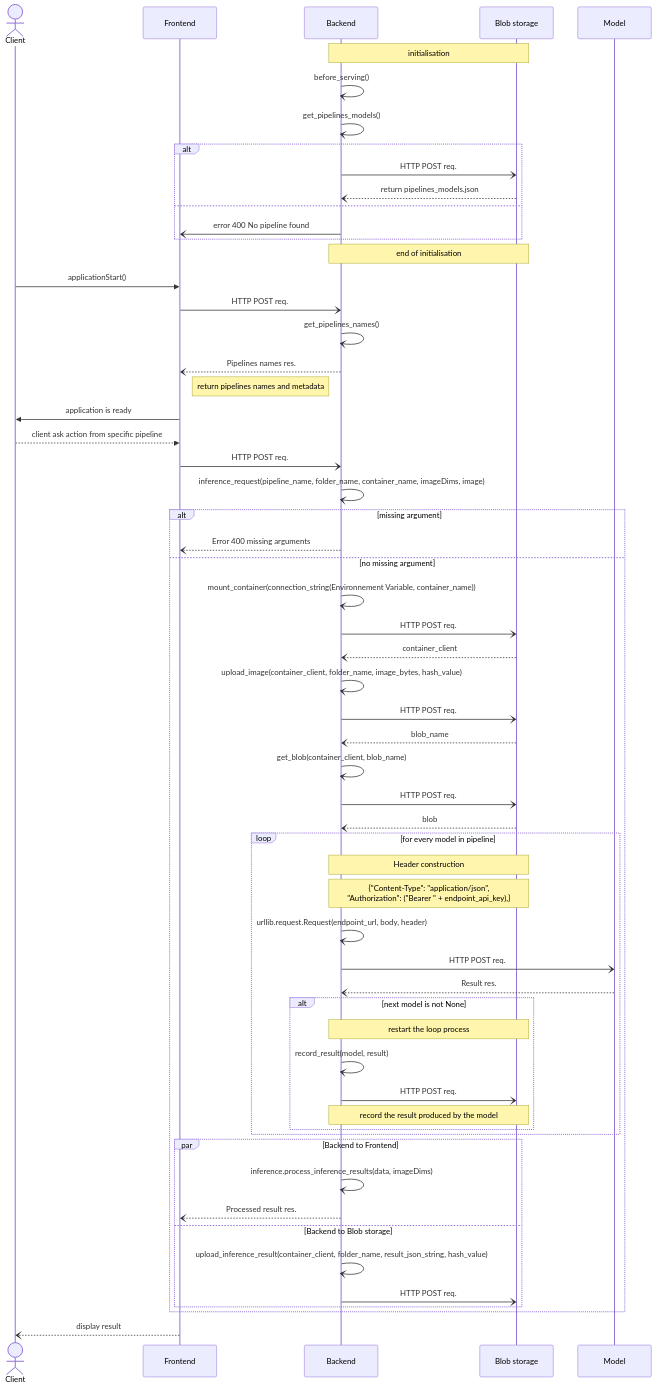
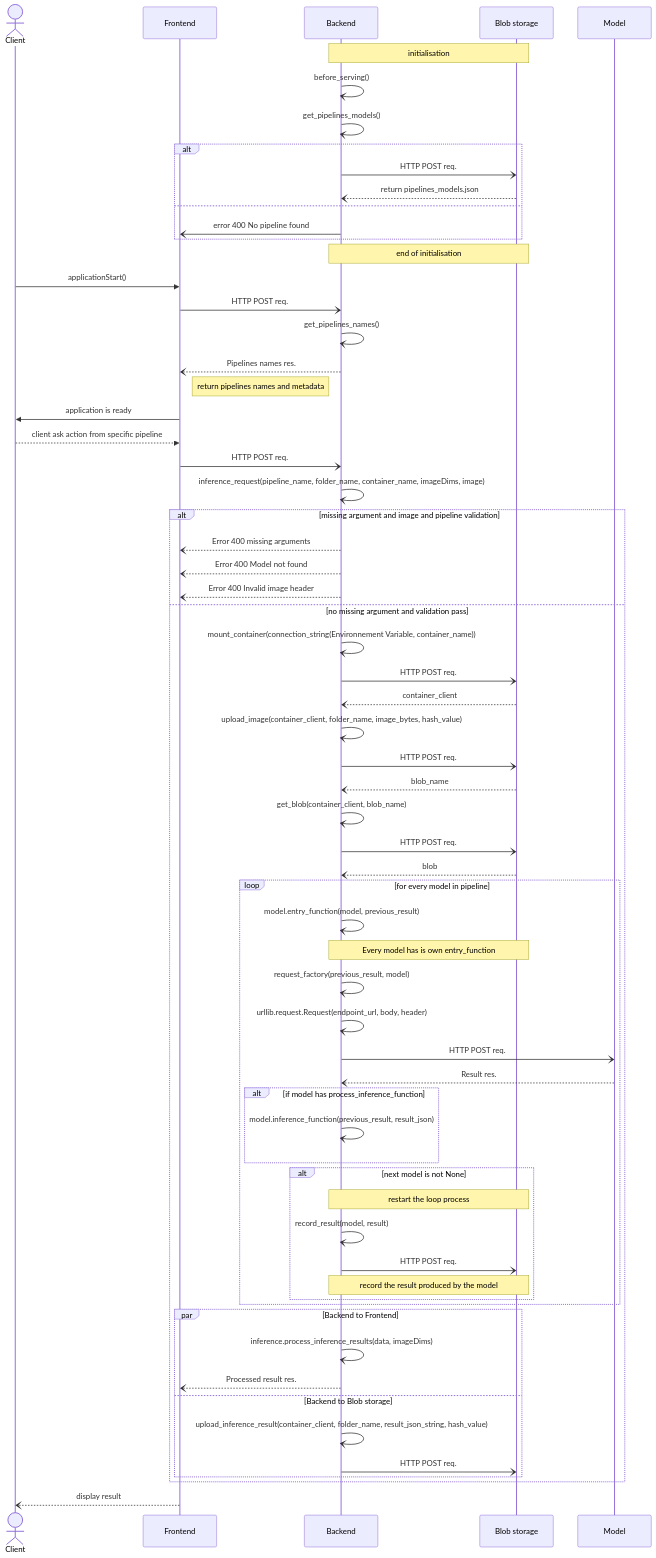
One commit to ai-cfia/nachet-backend changed the second of 2 diagrams in docs/nachet-inference-documentation.md. Above: the diagram before and after it, drawn with Mermaid. The commit also changed other lines of this file and 5 other files, not shown here.

````diff
--- a/docs/nachet-inference-documentation.md
+++ b/docs/nachet-inference-documentation.md
@@ -59,70 +59,76 @@
 ```mermaid
 sequenceDiagram
 
     actor Client
     participant Frontend
     participant Backend
     participant Blob storage
     participant Model
 
     Note over Backend,Blob storage: initialisation
     Backend-)Backend: before_serving()
     Backend-)Backend: get_pipelines_models()
     alt
     Backend-)Blob storage: HTTP POST req.
     Blob storage--)Backend: return pipelines_models.json
     else
     Backend-)Frontend: error 400 No pipeline found
     end
     Note over Backend,Blob storage: end of initialisation
    
     Client->>Frontend: applicationStart()
     Frontend-)Backend: HTTP POST req.
     Backend-)Backend: get_pipelines_names()
     Backend--)Frontend: Pipelines names res.
     Note left of Backend: return pipelines names and metadata
 
     Frontend->>Client: application is ready
     Client-->>Frontend: client ask action from specific pipeline
     Frontend-)Backend: HTTP POST req.
     Backend-)Backend: inference_request(pipeline_name, folder_name, container_name, imageDims, image)
-    alt missing argument
+    alt missing argument and image and pipeline validation
         Backend--)Frontend: Error 400 missing arguments
-    else no missing argument
+        Backend--)Frontend: Error 400 Model not found
+        Backend--)Frontend: Error 400 Invalid image header
+    else no missing argument and validation pass
         Backend-)Backend: mount_container(connection_string(Environnement Variable, container_name))
         Backend-)Blob storage: HTTP POST req.
         Blob storage--)Backend: container_client
         
         Backend-)Backend: upload_image(container_client, folder_name, image_bytes, hash_value)
         Backend-)Blob storage: HTTP POST req.
         Blob storage--)Backend: blob_name
 
         Backend-)Backend: get_blob(container_client, blob_name)
         Backend-)Blob storage: HTTP POST req.
         Blob storage--)Backend: blob
 
         loop for every model in pipeline
-            note over Backend, Blob storage: Header construction
-            Note over Backend,Blob storage: {"Content-Type": "application/json", <br>"Authorization": ("Bearer " + endpoint_api_key),}
+            Backend-)Backend: model.entry_function(model, previous_result)
+            note over Backend, Blob storage: Every model has is own entry_function
+            Backend-)Backend: request_factory(previous_result, model)
             Backend-)Backend: urllib.request.Request(endpoint_url, body, header)
             Backend-)Model: HTTP POST req.
             Model--)Backend: Result res.
+            alt if model has process_inference_function
+                Backend-) Backend: model.inference_function(previous_result, result_json)
+            end
             alt next model is not None
                 note over Backend, Blob storage: restart the loop process
                 Backend-)Backend: record_result(model, result)
                 Backend-)Blob storage: HTTP POST req.
                 note over Backend, Blob storage: record the result produced by the model
 
             end
         end
         
         par Backend to Frontend
             Backend-)Backend: inference.process_inference_results(data, imageDims)
             Backend--)Frontend: Processed result res.
         and Backend to Blob storage
             Backend-)Backend: upload_inference_result(container_client, folder_name, result_json_string, hash_value)
             Backend-)Blob storage: HTTP POST req.
         end
     end
     Frontend--)Client: display result
 ```
````
